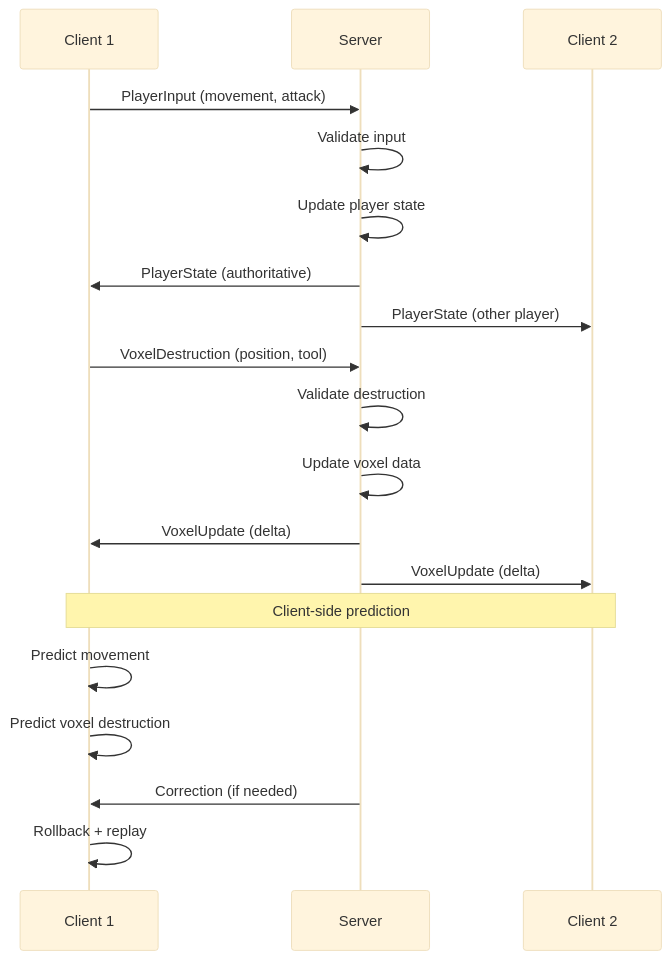
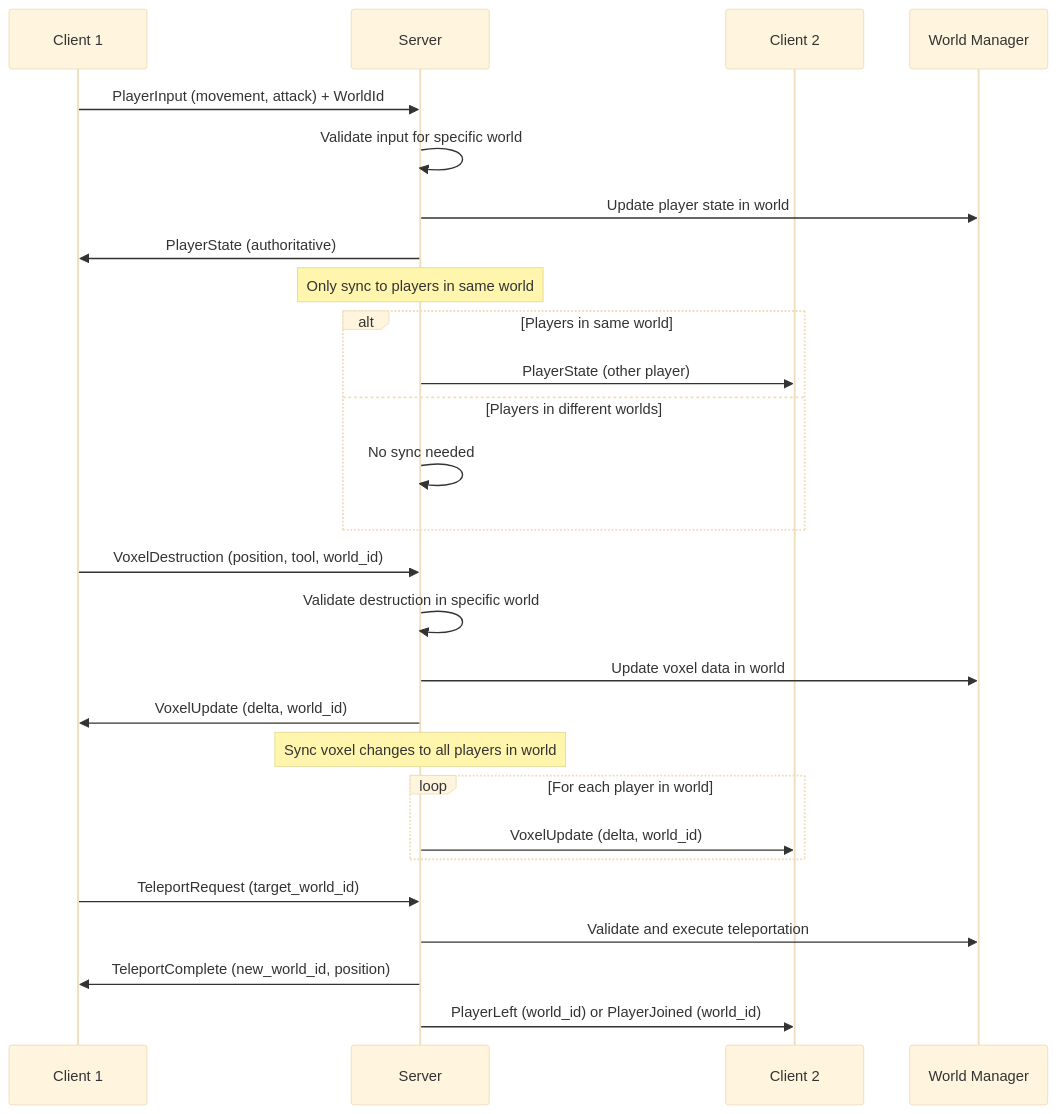
The fifth of 5 diagrams in docs/architecture.md (DereckAn/bevy_game), drawn with Mermaid (base theme) before and after one commit. The commit also changed other lines of this file and 8 other files, not shown here.

````diff
--- a/docs/architecture.md
+++ b/docs/architecture.md
@@ -239,24 +385,34 @@
 ```mermaid
 sequenceDiagram
     participant C1 as Client 1
     participant S as Server
     participant C2 as Client 2
+    participant WM as World Manager
     
-    C1->>S: PlayerInput (movement, attack)
-    S->>S: Validate input
-    S->>S: Update player state
+    C1->>S: PlayerInput (movement, attack) + WorldId
+    S->>S: Validate input for specific world
+    S->>WM: Update player state in world
     S->>C1: PlayerState (authoritative)
-    S->>C2: PlayerState (other player)
     
-    C1->>S: VoxelDestruction (position, tool)
-    S->>S: Validate destruction
-    S->>S: Update voxel data
-    S->>C1: VoxelUpdate (delta)
-    S->>C2: VoxelUpdate (delta)
+    Note over S: Only sync to players in same world
+    alt Players in same world
+        S->>C2: PlayerState (other player)
+    else Players in different worlds
+        S->>S: No sync needed
+    end
     
-    Note over C1,C2: Client-side prediction
-    C1->>C1: Predict movement
-    C1->>C1: Predict voxel destruction
-    S->>C1: Correction (if needed)
-    C1->>C1: Rollback + replay
+    C1->>S: VoxelDestruction (position, tool, world_id)
+    S->>S: Validate destruction in specific world
+    S->>WM: Update voxel data in world
+    S->>C1: VoxelUpdate (delta, world_id)
+    
+    Note over S: Sync voxel changes to all players in world
+    loop For each player in world
+        S->>C2: VoxelUpdate (delta, world_id)
+    end
+    
+    C1->>S: TeleportRequest (target_world_id)
+    S->>WM: Validate and execute teleportation
+    S->>C1: TeleportComplete (new_world_id, position)
+    S->>C2: PlayerLeft (world_id) or PlayerJoined (world_id)
 ```
````
